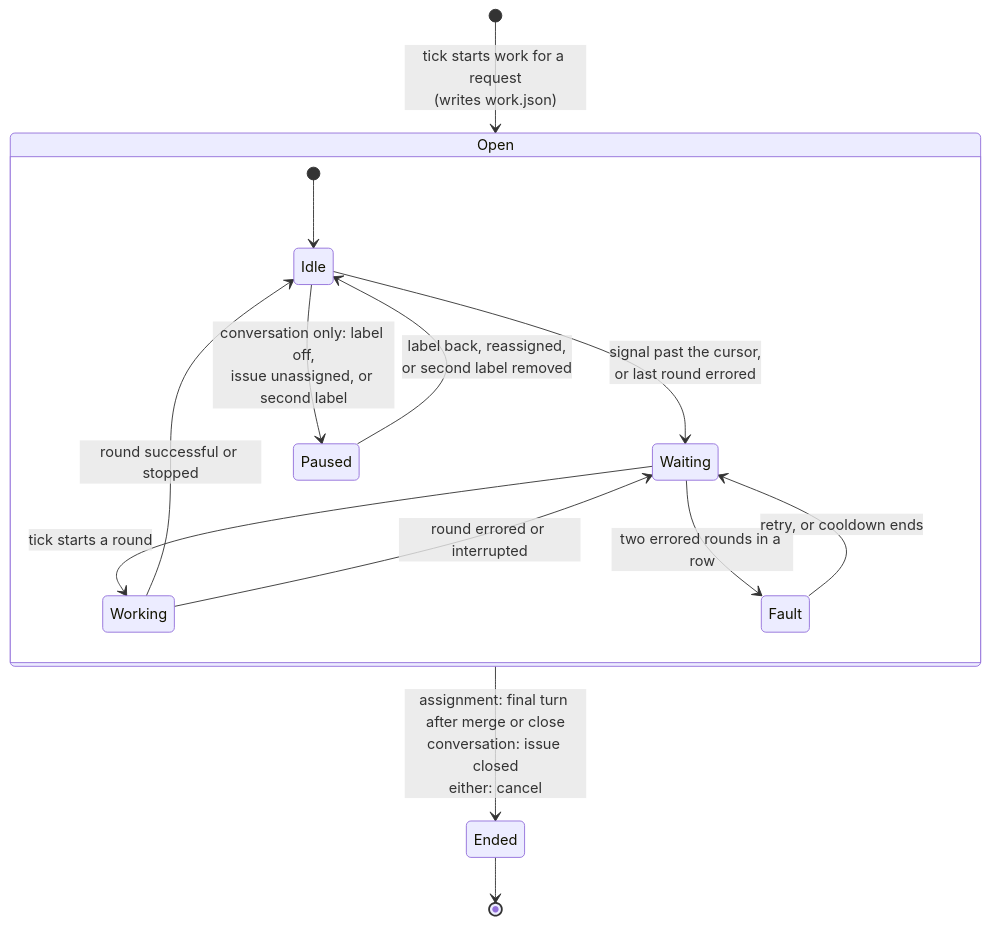
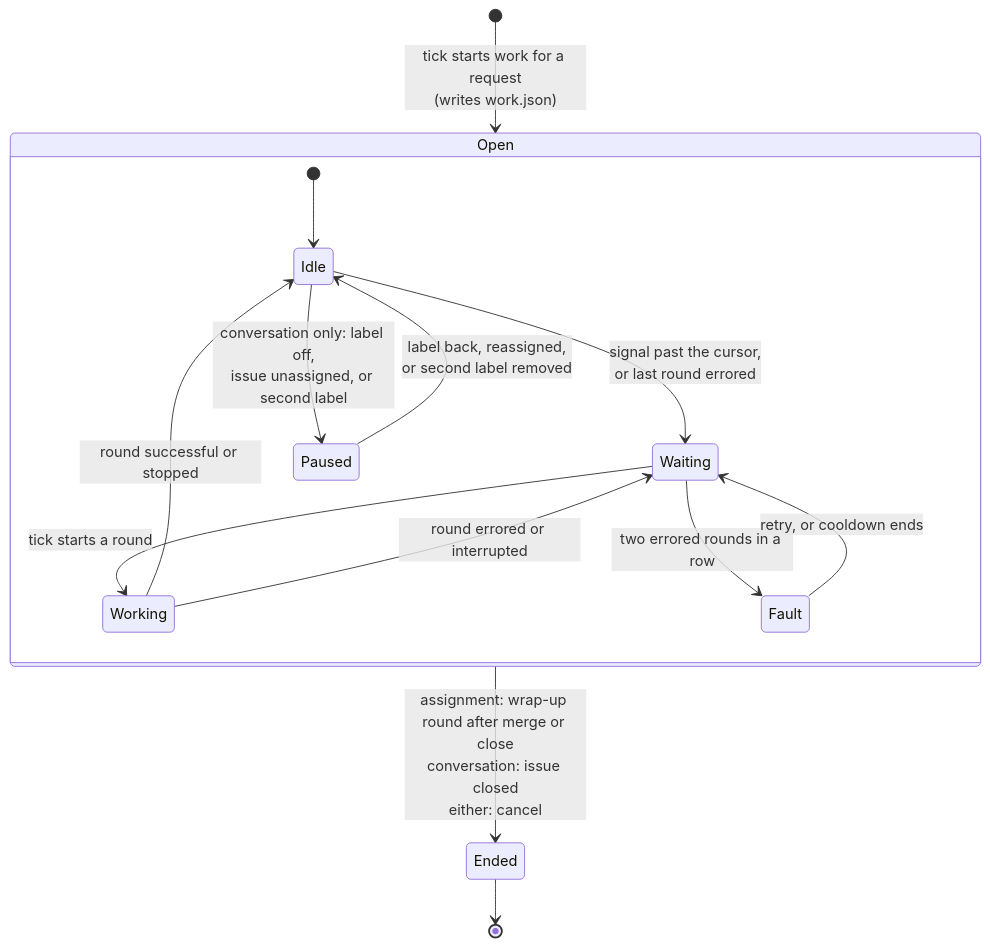
One commit to alimanfoo/dreamcatcher changed the fourth of 4 diagrams in specs/2026-10-16-state-format-6/design.md. Above: the diagram before and after it, drawn with Mermaid. The commit also changed other lines of this file, not shown here.

````diff
--- a/specs/2026-10-16-state-format-6/design.md
+++ b/specs/2026-10-16-state-format-6/design.md
@@ -501,17 +500,17 @@
 ```mermaid
 stateDiagram-v2
     [*] --> Open : tick starts work for a request<br/>(writes work.json)
     state Open {
         [*] --> Idle
         Idle --> Waiting : signal past the cursor,<br/>or last round errored
         Waiting --> Working : tick starts a round
         Working --> Idle : round successful or stopped
         Working --> Waiting : round errored or interrupted
         Waiting --> Fault : two errored rounds in a row
         Fault --> Waiting : retry, or cooldown ends
         Idle --> Paused : conversation only: label off,<br/>issue unassigned, or second label
         Paused --> Idle : label back, reassigned,<br/>or second label removed
     }
-    Open --> Ended : assignment: final turn after merge or close<br/>conversation: issue closed<br/>either: cancel
+    Open --> Ended : assignment: wrap-up round after merge or close<br/>conversation: issue closed<br/>either: cancel
     Ended --> [*]
 ```
````
